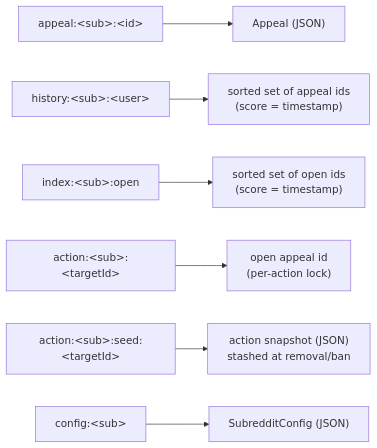
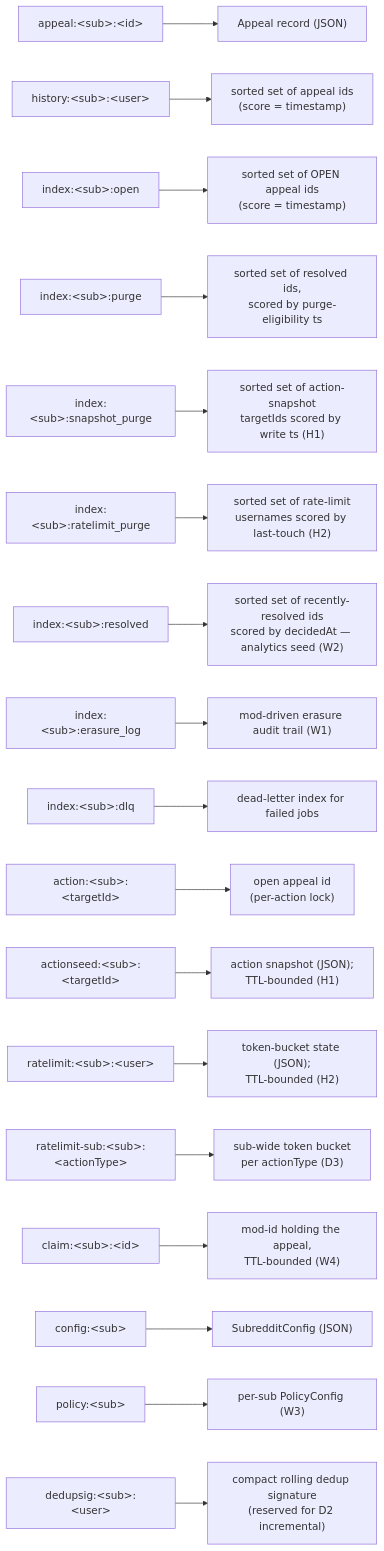
The seventh of 8 diagrams in docs/ARCHITECTURE.md (vsenthil7/appeal-desk), drawn with Mermaid before and after one commit. The commit also changed other lines of this file and 42 other files, not shown here.

First line of the commit message:
[BUILD 004] final + slug rename appealdesk -> appeal-desk (2026-05-27 21:35 snapshot)

````diff
--- a/docs/ARCHITECTURE.md
+++ b/docs/ARCHITECTURE.md
@@ -305,9 +306,20 @@
 ```mermaid
 flowchart LR
-    K1["appeal:&lt;sub&gt;:&lt;id&gt;"] --> V1["Appeal (JSON)"]
+    K1["appeal:&lt;sub&gt;:&lt;id&gt;"] --> V1["Appeal record (JSON)"]
     K2["history:&lt;sub&gt;:&lt;user&gt;"] --> V2["sorted set of appeal ids\n(score = timestamp)"]
-    K3["index:&lt;sub&gt;:open"] --> V3["sorted set of open ids\n(score = timestamp)"]
-    K4["action:&lt;sub&gt;:&lt;targetId&gt;"] --> V4["open appeal id\n(per-action lock)"]
-    K5["action:&lt;sub&gt;:seed:&lt;targetId&gt;"] --> V5["action snapshot (JSON)\nstashed at removal/ban"]
-    K6["config:&lt;sub&gt;"] --> V6["SubredditConfig (JSON)"]
+    K3["index:&lt;sub&gt;:open"] --> V3["sorted set of OPEN appeal ids\n(score = timestamp)"]
+    K4["index:&lt;sub&gt;:purge"] --> V4["sorted set of resolved ids,\nscored by purge-eligibility ts"]
+    K5["index:&lt;sub&gt;:snapshot_purge"] --> V5["sorted set of action-snapshot\ntargetIds scored by write ts (H1)"]
+    K6["index:&lt;sub&gt;:ratelimit_purge"] --> V6["sorted set of rate-limit\nusernames scored by last-touch (H2)"]
+    K7["index:&lt;sub&gt;:resolved"] --> V7["sorted set of recently-resolved ids\nscored by decidedAt — analytics seed (W2)"]
+    K8["index:&lt;sub&gt;:erasure_log"] --> V8["mod-driven erasure audit trail (W1)"]
+    K9["index:&lt;sub&gt;:dlq"] --> V9["dead-letter index for failed jobs"]
+    K10["action:&lt;sub&gt;:&lt;targetId&gt;"] --> V10["open appeal id\n(per-action lock)"]
+    K11["actionseed:&lt;sub&gt;:&lt;targetId&gt;"] --> V11["action snapshot (JSON);\nTTL-bounded (H1)"]
+    K12["ratelimit:&lt;sub&gt;:&lt;user&gt;"] --> V12["token-bucket state (JSON);\nTTL-bounded (H2)"]
+    K13["ratelimit-sub:&lt;sub&gt;:&lt;actionType&gt;"] --> V13["sub-wide token bucket\nper actionType (D3)"]
+    K14["claim:&lt;sub&gt;:&lt;id&gt;"] --> V14["mod-id holding the appeal,\nTTL-bounded (W4)"]
+    K15["config:&lt;sub&gt;"] --> V15["SubredditConfig (JSON)"]
+    K16["policy:&lt;sub&gt;"] --> V16["per-sub PolicyConfig (W3)"]
+    K17["dedupsig:&lt;sub&gt;:&lt;user&gt;"] --> V17["compact rolling dedup signature\n(reserved for D2 incremental)"]
 ```
````
